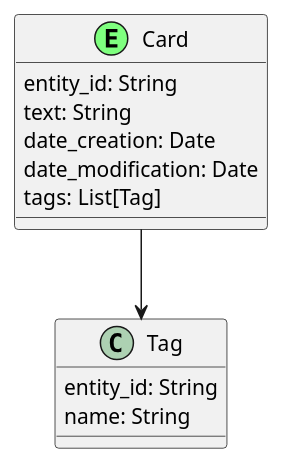
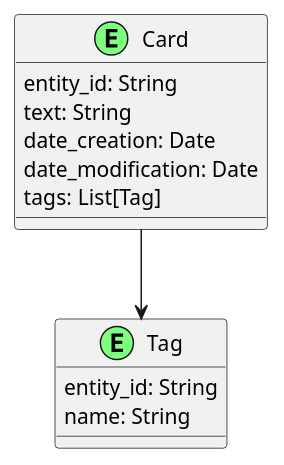
One commit to DandaraF/desafio-globo-backend changed the diagram in docs/diagrama.puml. Above: the diagram before and after it, drawn with PlantUML. The commit also changed 13 other files, not shown here.

```diff
--- a/docs/diagrama.puml
+++ b/docs/diagrama.puml
@@ -1,17 +1,17 @@
 @startuml
 
 class Card << (E,#7fff7f) >> {
     entity_id: String
     text: String
     date_creation: Date
     date_modification: Date
     tags: List[Tag]
 }
 
-class Tag{
+class Tag << (E,#7fff7f) >>{
     entity_id: String
     name: String
 }
 
 Card --> Tag
 @enduml
```
